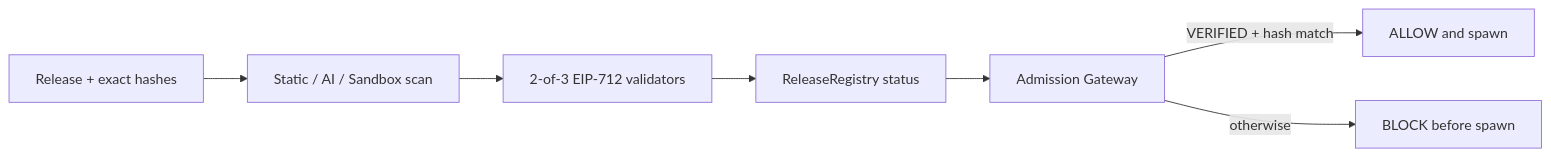
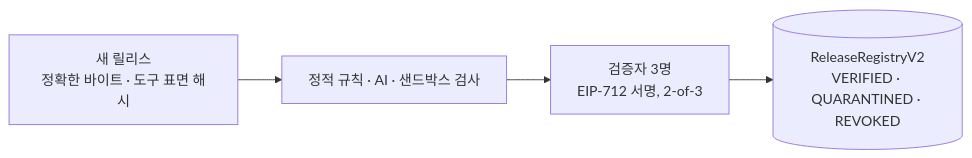
The first of 2 diagrams in README.md (sihoon-0077/MCPShield), drawn with Mermaid before and after one commit. The commit also changed other lines of this file and 11 other files, not shown here.

````diff
--- a/README.md
+++ b/README.md
@@ -36,9 +87,6 @@
 ```mermaid
 flowchart LR
-    R["Release + exact hashes"] --> S["Static / AI / Sandbox scan"]
-    S --> V["2-of-3 EIP-712 validators"]
-    V --> C["ReleaseRegistry status"]
-    C --> G["Admission Gateway"]
-    G -->|"VERIFIED + hash match"| A["ALLOW and spawn"]
-    G -->|"otherwise"| B["BLOCK before spawn"]
+    R["새 릴리스<br/>정확한 바이트 · 도구 표면 해시"] --> S["정적 규칙 · AI · 샌드박스 검사"]
+    S --> V["검증자 3명<br/>EIP-712 서명, 2-of-3"]
+    V --> C[("ReleaseRegistryV2<br/>VERIFIED · QUARANTINED · REVOKED")]
 ```
````
